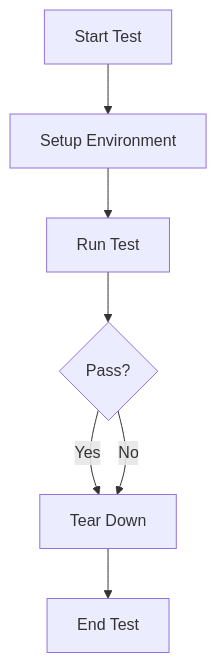
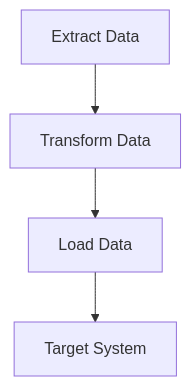
Before and after one commit to MasteryEducation/SoftwarePatternsLexicon.com: the diagram in content/patterns-clojure/16/2/index.md, drawn with Mermaid. The commit also changed other lines of this file and 462 other files, not shown here.

````diff
--- a/content/patterns-clojure/16/2/index.md
+++ b/content/patterns-clojure/16/2/index.md
@@ -116,9 +185,6 @@
 ```mermaid
 graph TD;
-    A[Start Test] --> B[Setup Environment];
-    B --> C[Run Test];
-    C --> D{Pass?};
-    D -->|Yes| E[Tear Down];
-    D -->|No| E;
-    E --> F[End Test];
+    A[Extract Data] --> B[Transform Data];
+    B --> C[Load Data];
+    C --> D[Target System];
 ```
````
